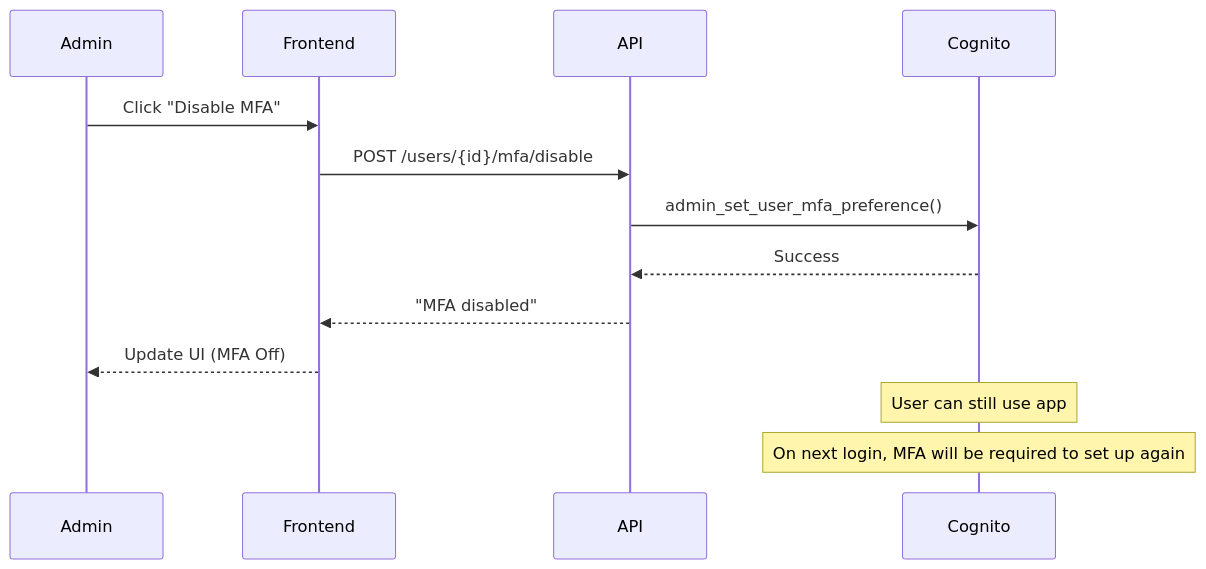
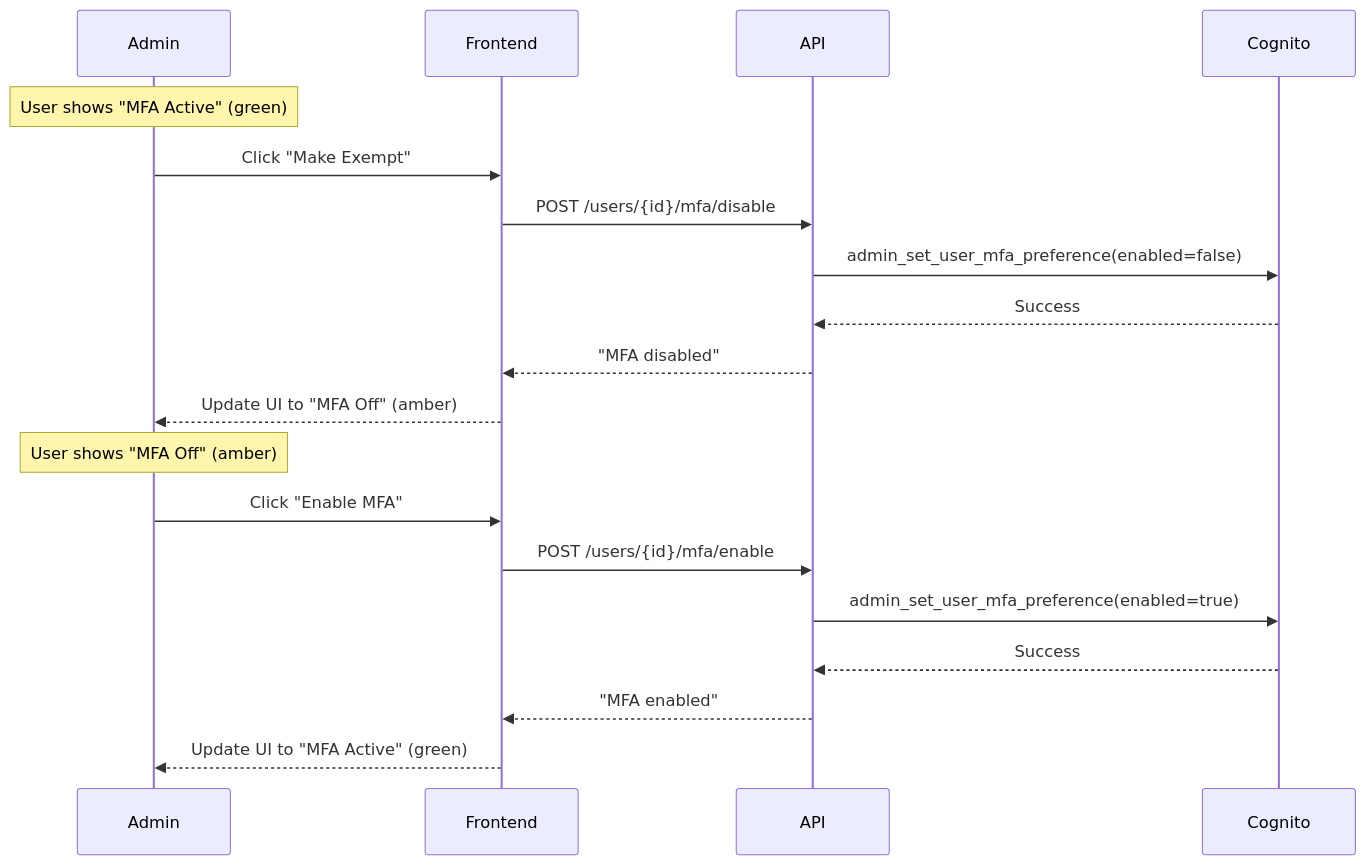
The fifth of 9 diagrams in docs/API_REFERENCE.md (markthebest12/bluemoxon), drawn with Mermaid before and after one commit. The commit also changed other lines of this file, not shown here.

First line of the commit message:
docs: Update admin documentation for MFA workflows

````diff
--- a/docs/API_REFERENCE.md
+++ b/docs/API_REFERENCE.md
@@ -1335,17 +1402,23 @@
 ```mermaid
 sequenceDiagram
     participant Admin
     participant Frontend
     participant API
     participant Cognito
 
-    Admin->>Frontend: Click "Disable MFA"
+    Note over Admin: User shows "MFA Active" (green)
+    Admin->>Frontend: Click "Make Exempt"
     Frontend->>API: POST /users/{id}/mfa/disable
-    API->>Cognito: admin_set_user_mfa_preference()
+    API->>Cognito: admin_set_user_mfa_preference(enabled=false)
     Cognito-->>API: Success
     API-->>Frontend: "MFA disabled"
-    Frontend-->>Admin: Update UI (MFA Off)
+    Frontend-->>Admin: Update UI to "MFA Off" (amber)
 
-    Note over Cognito: User can still use app
-    Note over Cognito: On next login, MFA will be required to set up again
+    Note over Admin: User shows "MFA Off" (amber)
+    Admin->>Frontend: Click "Enable MFA"
+    Frontend->>API: POST /users/{id}/mfa/enable
+    API->>Cognito: admin_set_user_mfa_preference(enabled=true)
+    Cognito-->>API: Success
+    API-->>Frontend: "MFA enabled"
+    Frontend-->>Admin: Update UI to "MFA Active" (green)
 ```
````
